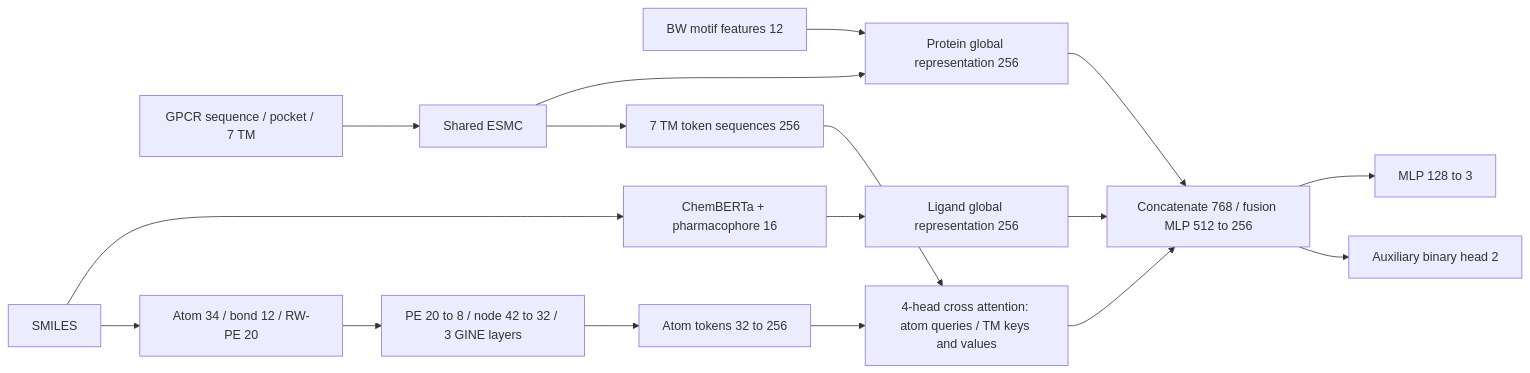
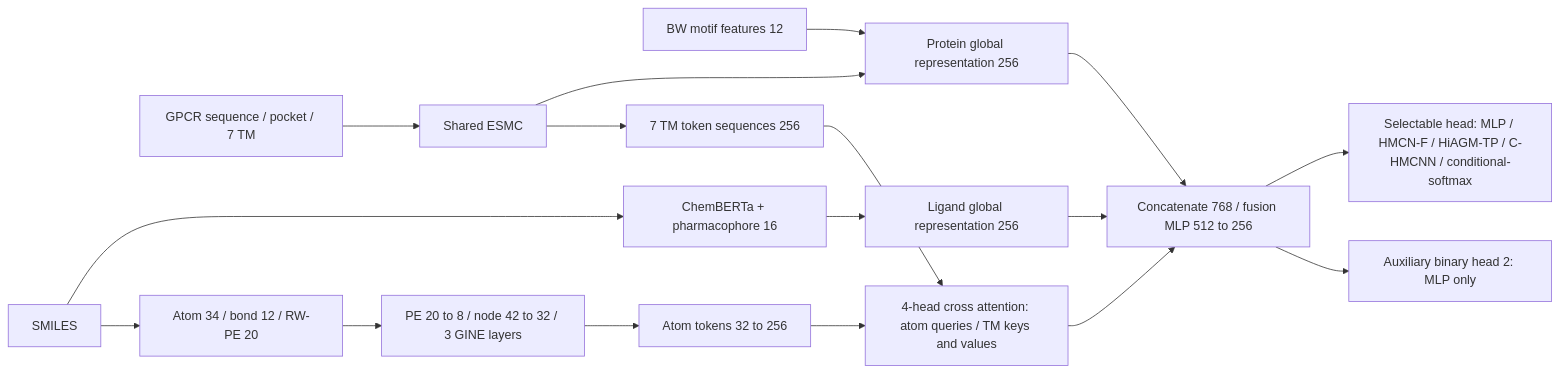
The diagram in README.md (linhan666/HAGDTI-GINEP), drawn with Mermaid before and after one commit. The commit also changed other lines of this file and 9 other files, not shown here.

````diff
--- a/README.md
+++ b/README.md
@@ -9,19 +9,19 @@
 ```mermaid
 flowchart LR
     S[GPCR sequence / pocket / 7 TM] --> E[Shared ESMC]
     E --> P[Protein global representation 256]
     M[BW motif features 12] --> P
     E --> T[7 TM token sequences 256]
     L[SMILES] --> C[ChemBERTa + pharmacophore 16]
     C --> W[Ligand global representation 256]
     L --> G[Atom 34 / bond 12 / RW-PE 20]
     G --> N[PE 20 to 8 / node 42 to 32 / 3 GINE layers]
     N --> Q[Atom tokens 32 to 256]
     Q --> A[4-head cross attention: atom queries / TM keys and values]
     T --> A
     P --> F[Concatenate 768 / fusion MLP 512 to 256]
     W --> F
     A --> F
-    F --> H[MLP 128 to 3]
-    F --> B[Auxiliary binary head 2]
+    F --> H[Selectable head: MLP / HMCN-F / HiAGM-TP / C-HMCNN / conditional-softmax]
+    F --> B[Auxiliary binary head 2: MLP only]
 ```
````
